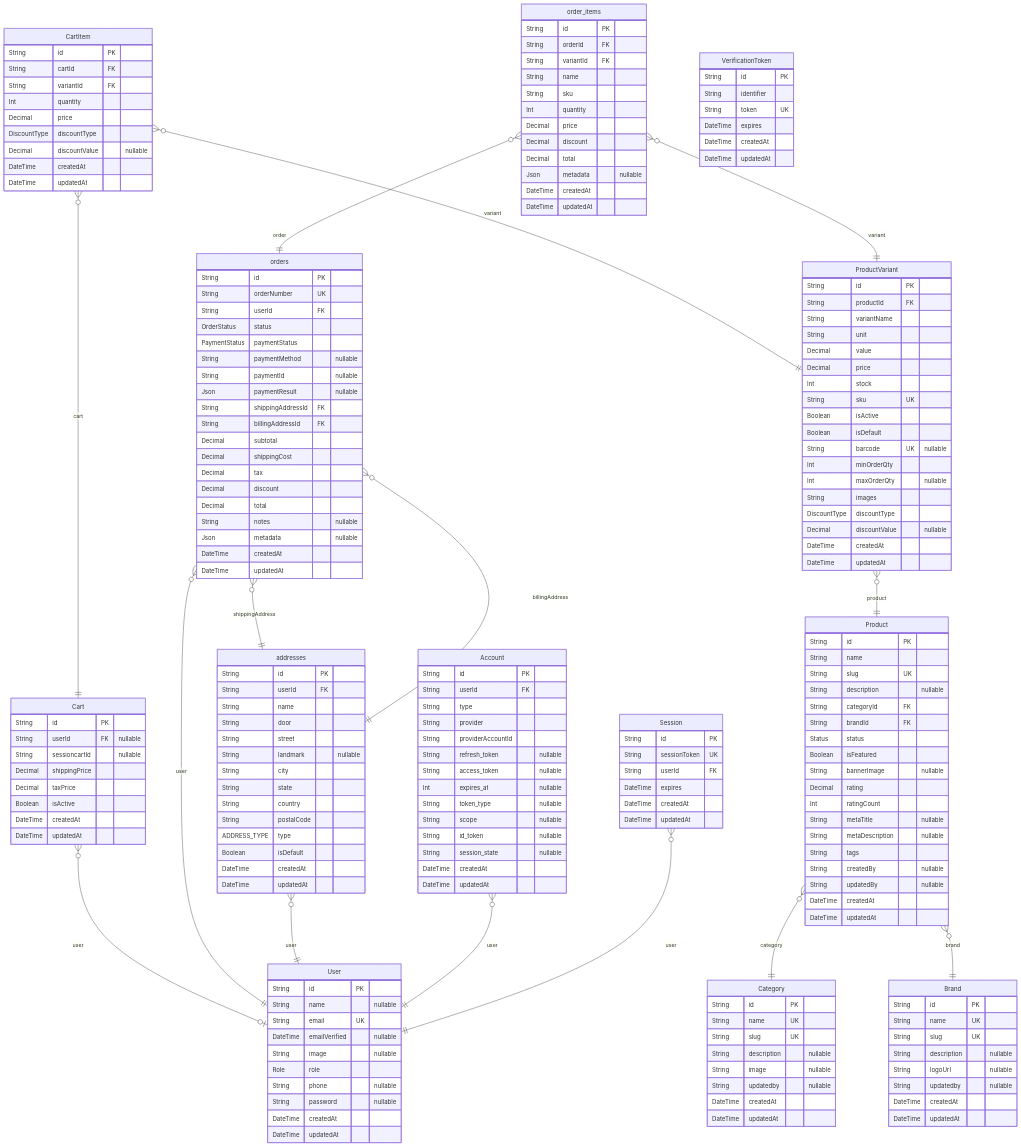
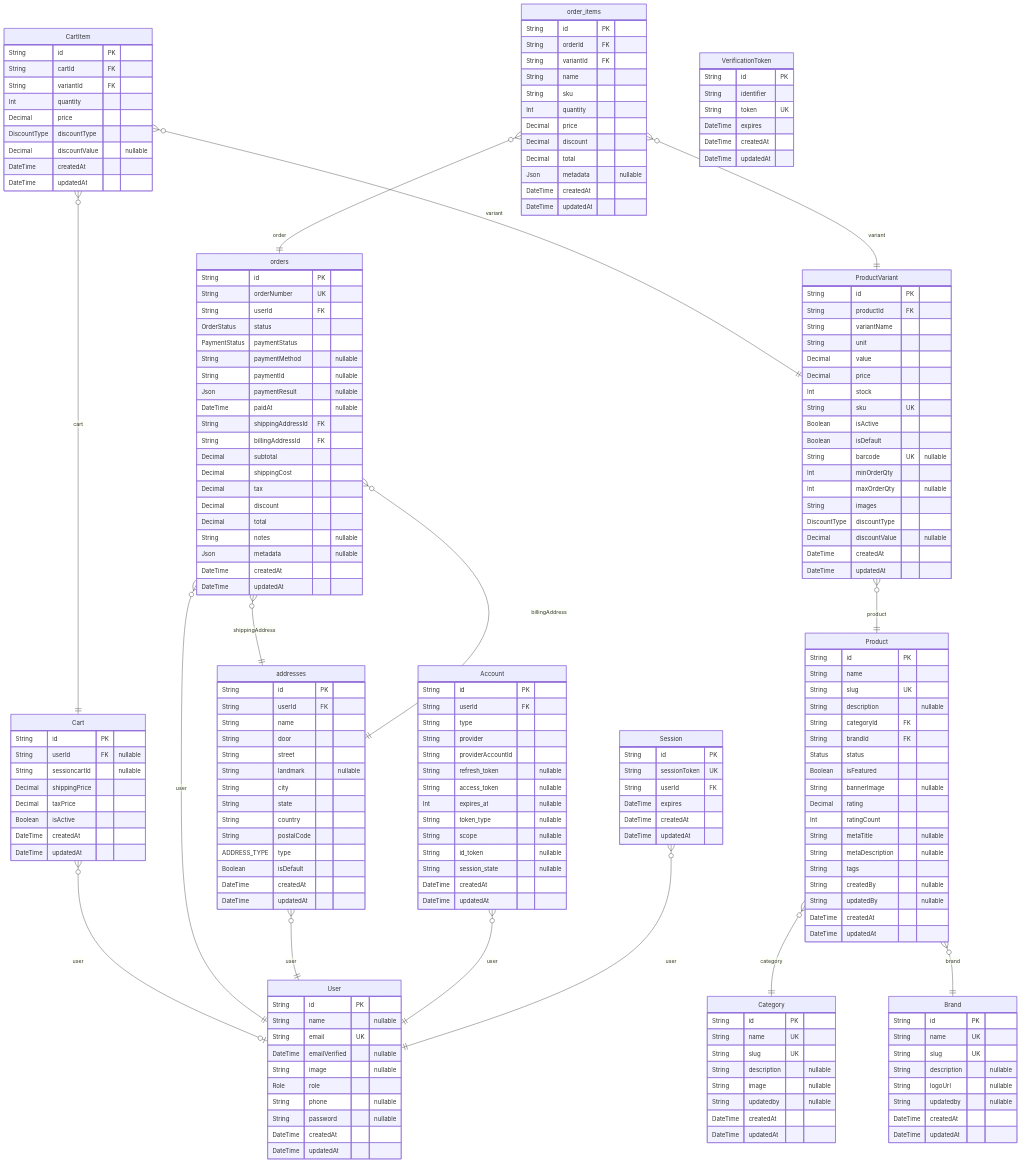
One commit to jjaijg/ssb-store changed the diagram in prisma/ERD.md. Above: the diagram before and after it, drawn with Mermaid. The commit also changed other lines of this file and 16 other files, not shown here.

```diff
--- a/prisma/ERD.md
+++ b/prisma/ERD.md
@@ -36,6 +36,7 @@
   String paymentMethod "nullable"
   String paymentId "nullable"
   Json paymentResult "nullable"
+  DateTime paidAt "nullable"
   String shippingAddressId FK
   String billingAddressId FK
   Decimal subtotal
```
